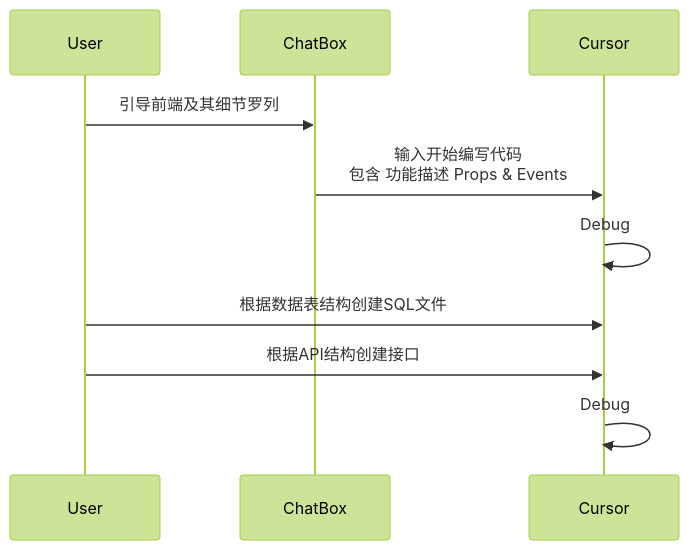
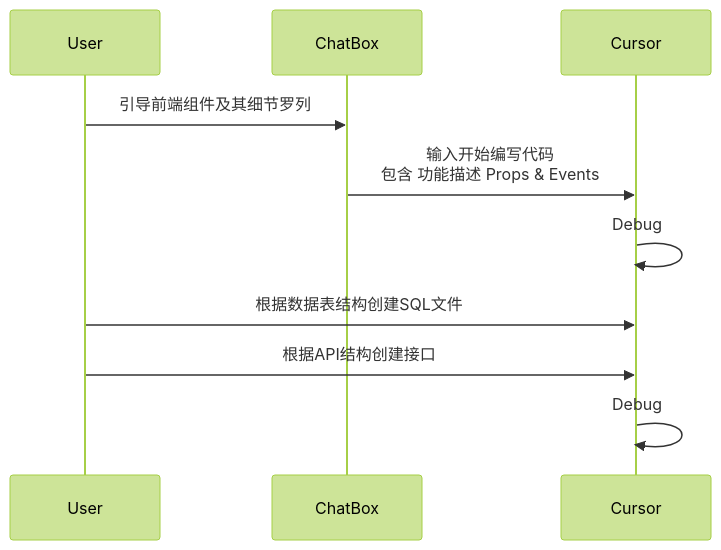
Before and after one commit to Lefeaker/cursor-slidev: the fourth of 4 diagrams in slides.md, drawn with Mermaid (forest theme).

Commit message:
fix: 修改引导前端细节描述为更准确的术语

````diff
--- a/slides.md
+++ b/slides.md
@@ -335,16 +335,16 @@
 ```mermaid
 sequenceDiagram
      participant U as User
     participant C as ChatBox
     participant CR as Cursor
 
-    U->>C: 引导前端及其细节罗列
+    U->>C: 引导前端组件及其细节罗列
     C->>CR: 输入开始编写代码<br/>包含 功能描述 Props & Events
     CR->>CR: Debug
     U->>CR: 根据数据表结构创建SQL文件
     U->>CR: 根据API结构创建接口
     CR->>CR: Debug
 
 
 
 ```
````
